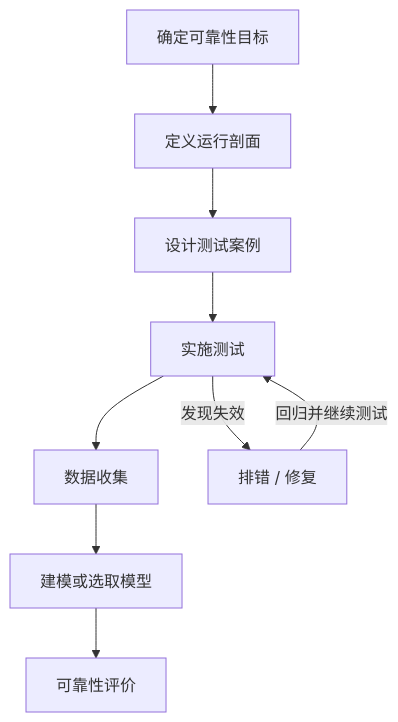
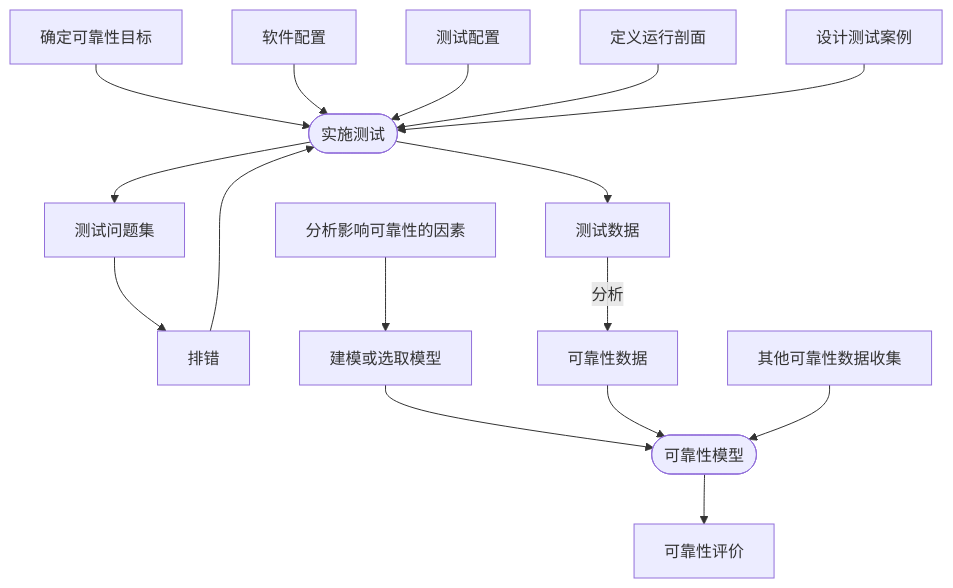
Before and after one commit to YoungHong1992/ruankao-senior-architecture-designer: the diagram in 01.系统架构设计师教材-清洗版/第09章-软件可靠性基础知识.md, drawn with Mermaid. The commit also changed other lines of this file and 14 other files, not shown here.

Commit message:
fix: restore source-backed diagrams and exam variants

````diff
--- a/01.系统架构设计师教材-清洗版/第09章-软件可靠性基础知识.md
+++ b/01.系统架构设计师教材-清洗版/第09章-软件可靠性基础知识.md
@@ -190,11 +190,31 @@
 ```mermaid
 flowchart TD
-    Goal["确定可靠性目标"] --> Profile["定义运行剖面"]
-    Profile --> Cases["设计测试案例"]
-    Cases --> Execute["实施测试"]
-    Execute --> Collect["数据收集"]
-    Collect --> Model["建模或选取模型"]
-    Model --> Evaluate["可靠性评价"]
-    Execute -->|"发现失效"| Debug["排错 / 修复"]
-    Debug -->|"回归并继续测试"| Execute
+    GOAL["确定可靠性目标"]
+    SOFTWARE["软件配置"]
+    TESTCFG["测试配置"]
+    PROFILE["定义运行剖面"]
+    CASES["设计测试案例"]
+
+    EXEC(["实施测试"])
+    PROBLEMS["测试问题集"]
+    DEBUG["排错"]
+    TESTDATA["测试数据"]
+
+    GOAL --> EXEC
+    SOFTWARE --> EXEC
+    TESTCFG --> EXEC
+    PROFILE --> EXEC
+    CASES --> EXEC
+
+    EXEC --> PROBLEMS
+    PROBLEMS --> DEBUG
+    DEBUG --> EXEC
+    EXEC --> TESTDATA
+    TESTDATA -->|"分析"| RELDATA["可靠性数据"]
+
+    FACTORS["分析影响可靠性的因素"] --> CHOOSE["建模或选取模型"]
+    CHOOSE --> MODEL(["可靠性模型"])
+    RELDATA --> MODEL
+    OTHER["其他可靠性数据收集"] --> MODEL
+    MODEL --> EVAL["可靠性评价"]
 ```
````
